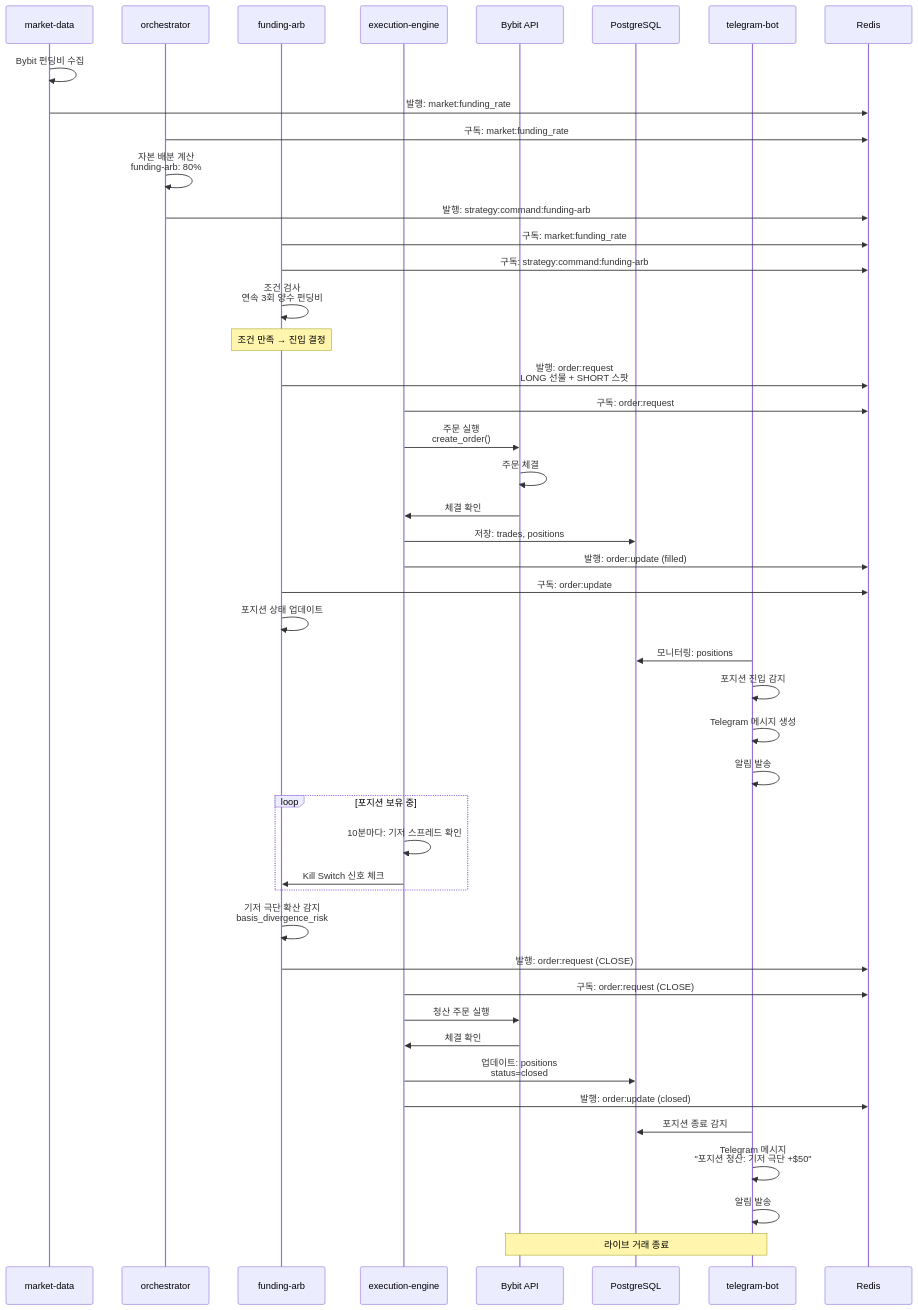
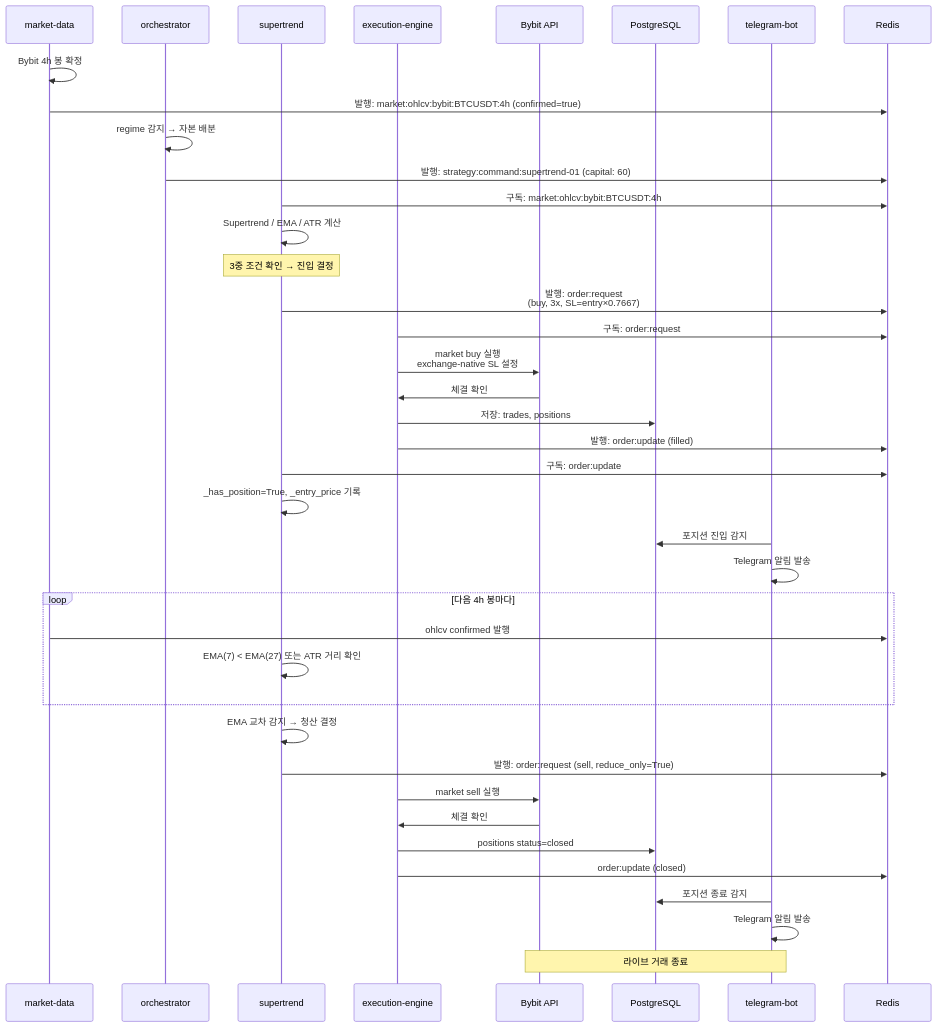
One commit to Justant-source/Bit-Mania changed the third of 3 diagrams in docs/structure/services.md. Above: the diagram before and after it, drawn with Mermaid. The commit also changed other lines of this file and 4 other files, not shown here.

First line of the commit message:
docs: FA→Supertrend 전환 반영 문서 전면 업데이트

````diff
--- a/docs/structure/services.md
+++ b/docs/structure/services.md
@@ -470,59 +476,51 @@
 ```mermaid
 sequenceDiagram
     participant MD as market-data
     participant ORC as orchestrator
-    participant FA as funding-arb
+    participant ST as supertrend
     participant ENG as execution-engine
     participant BYBIT as Bybit API
     participant PG as PostgreSQL
     participant TG as telegram-bot
 
-    MD->>MD: Bybit 펀딩비 수집
-    MD->>Redis: 발행: market:funding_rate
-    ORC->>Redis: 구독: market:funding_rate
-    ORC->>ORC: 자본 배분 계산<br>funding-arb: 80%
-    ORC->>Redis: 발행: strategy:command:funding-arb
+    MD->>MD: Bybit 4h 봉 확정
+    MD->>Redis: 발행: market:ohlcv:bybit:BTCUSDT:4h (confirmed=true)
+    ORC->>ORC: regime 감지 → 자본 배분
+    ORC->>Redis: 발행: strategy:command:supertrend-01 (capital: 60)
     
-    FA->>Redis: 구독: market:funding_rate
-    FA->>Redis: 구독: strategy:command:funding-arb
-    FA->>FA: 조건 검사<br>연속 3회 양수 펀딩비
-    Note over FA: 조건 만족 → 진입 결정
+    ST->>Redis: 구독: market:ohlcv:bybit:BTCUSDT:4h
+    ST->>ST: Supertrend / EMA / ATR 계산
+    Note over ST: 3중 조건 확인 → 진입 결정
     
-    FA->>Redis: 발행: order:request<br>LONG 선물 + SHORT 스팟
+    ST->>Redis: 발행: order:request<br>(buy, 3x, SL=entry×0.7667)
     ENG->>Redis: 구독: order:request
-    ENG->>BYBIT: 주문 실행<br>create_order()
-    BYBIT->>BYBIT: 주문 체결
+    ENG->>BYBIT: market buy 실행<br>exchange-native SL 설정
     BYBIT->>ENG: 체결 확인
     
     ENG->>PG: 저장: trades, positions
     ENG->>Redis: 발행: order:update (filled)
     
-    FA->>Redis: 구독: order:update
-    FA->>FA: 포지션 상태 업데이트
+    ST->>Redis: 구독: order:update
+    ST->>ST: _has_position=True, _entry_price 기록
     
-    TG->>PG: 모니터링: positions
-    TG->>TG: 포지션 진입 감지
-    TG->>TG: Telegram 메시지 생성
-    TG->>TG: 알림 발송
+    TG->>PG: 포지션 진입 감지
+    TG->>TG: Telegram 알림 발송
     
-    loop 포지션 보유 중
-        ENG->>ENG: 10분마다: 기저 스프레드 확인
-        ENG->>FA: Kill Switch 신호 체크
+    loop 다음 4h 봉마다
+        MD->>Redis: ohlcv confirmed 발행
+        ST->>ST: EMA(7) < EMA(27) 또는 ATR 거리 확인
     end
     
-    FA->>FA: 기저 극단 확산 감지<br>basis_divergence_risk
-    FA->>Redis: 발행: order:request (CLOSE)
+    ST->>ST: EMA 교차 감지 → 청산 결정
+    ST->>Redis: 발행: order:request (sell, reduce_only=True)
     
-    ENG->>Redis: 구독: order:request (CLOSE)
-    ENG->>BYBIT: 청산 주문 실행
+    ENG->>BYBIT: market sell 실행
     BYBIT->>ENG: 체결 확인
-    
-    ENG->>PG: 업데이트: positions<br>status=closed
-    ENG->>Redis: 발행: order:update (closed)
+    ENG->>PG: positions status=closed
+    ENG->>Redis: order:update (closed)
     
     TG->>PG: 포지션 종료 감지
-    TG->>TG: Telegram 메시지<br>"포지션 청산: 기저 극단 +$50"
-    TG->>TG: 알림 발송
+    TG->>TG: Telegram 알림 발송
 
     Note over TG,BYBIT: 라이브 거래 종료
 ```
````
